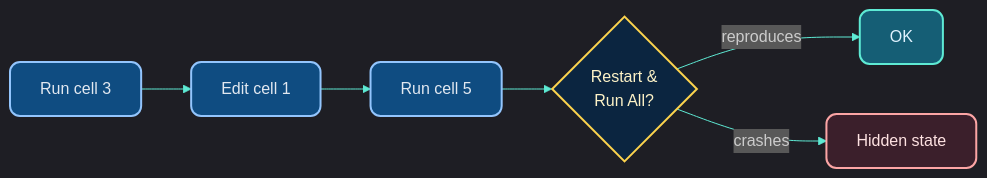
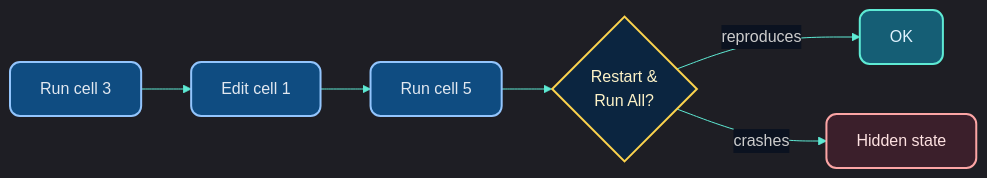
One commit to MindaugasSarpis/CERN_lessons_on_data_analysis changed the diagram in lectures/content/slides/07_Python_Foundations.md. Above: the diagram before and after it, drawn with Mermaid. The commit also changed other lines of this file and 85 other files, not shown here.

````diff
--- a/lectures/content/slides/07_Python_Foundations.md
+++ b/lectures/content/slides/07_Python_Foundations.md
@@ -1677,13 +1607,13 @@
 ```mermaid {scale: 0.6}
-%%{init: {'theme': 'dark', 'themeVariables': {'primaryColor': '#0f1f3d', 'primaryBorderColor': '#60a5fa', 'primaryTextColor': '#e2e8f0', 'lineColor': '#5eead4', 'fontFamily': 'Inter, system-ui, sans-serif'}, 'flowchart': {'curve': 'basis', 'htmlLabels': true, 'useMaxWidth': true}}}%%
+%%{init: {'theme': 'dark', 'themeVariables': {'primaryColor': '#0f1f3d', 'primaryBorderColor': '#60a5fa', 'primaryTextColor': '#e2e8f0', 'lineColor': '#5eead4', 'edgeLabelBackground': '#0b1220', 'fontFamily': 'Inter, system-ui, sans-serif'}, 'flowchart': {'curve': 'basis', 'htmlLabels': true, 'useMaxWidth': true}}}%%
 flowchart LR
     A["Run cell 3"]:::step --> B["Edit cell 1"]:::step
     B --> C["Run cell 5"]:::step
     C --> D{"Restart &<br/>Run All?"}:::check
     D -->|reproduces| E["OK"]:::good
     D -->|crashes| F["Hidden state"]:::bad
     classDef step fill:#0f4c81,stroke:#93c5fd,stroke-width:2px,color:#e2e8f0,rx:10px,ry:10px
     classDef check fill:#0b2540,stroke:#fcd34d,stroke-width:2px,color:#fef3c7,rx:10px,ry:10px
     classDef good fill:#155e75,stroke:#5eead4,stroke-width:2px,color:#e0f2fe,rx:10px,ry:10px
     classDef bad fill:#3b1f2b,stroke:#fca5a5,stroke-width:2px,color:#fee2e2,rx:10px,ry:10px
 ```
````
